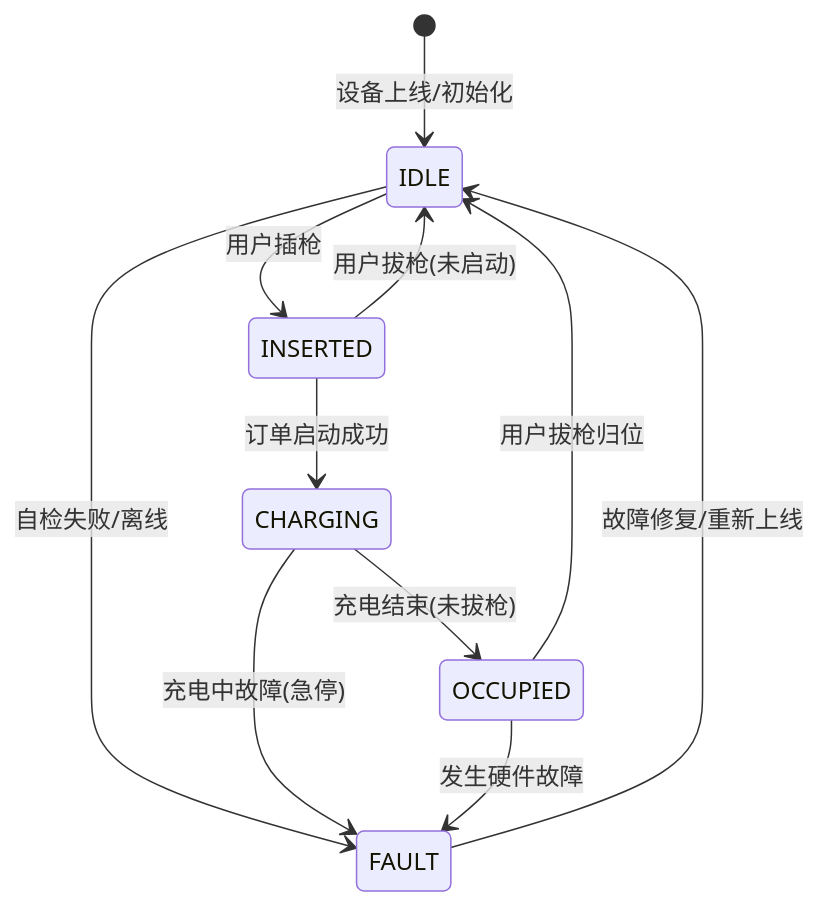
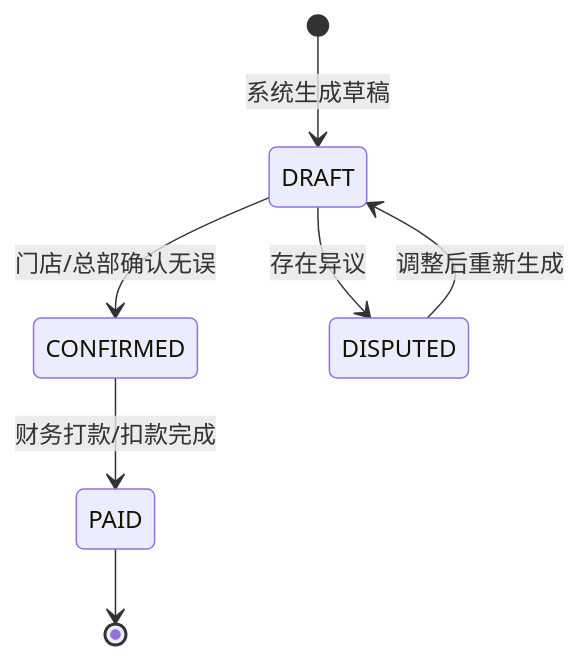
Before and after one commit to megadotnet/HUIZHI-ChargeOS-cloud: the second of 2 diagrams in docs/explain/04_state_machines.md, drawn with Mermaid. The commit also changed other lines of this file and 7 other files, not shown here.

````diff
--- a/docs/explain/04_state_machines.md
+++ b/docs/explain/04_state_machines.md
@@ -71,18 +47,13 @@
 ```mermaid
 stateDiagram-v2
-    [*] --> IDLE : 设备上线/初始化
+    [*] --> DRAFT: 系统生成草稿
 
-    IDLE --> INSERTED : 用户插枪
-    IDLE --> FAULT : 自检失败/离线
+    DRAFT --> CONFIRMED: 门店/总部确认无误
+    DRAFT --> DISPUTED: 存在异议
 
-    INSERTED --> CHARGING : 订单启动成功
-    INSERTED --> IDLE : 用户拔枪(未启动)
+    DISPUTED --> DRAFT: 调整后重新生成
 
-    CHARGING --> OCCUPIED : 充电结束(未拔枪)
-    CHARGING --> FAULT : 充电中故障(急停)
+    CONFIRMED --> PAID: 财务打款/扣款完成
 
-    OCCUPIED --> IDLE : 用户拔枪归位
-    OCCUPIED --> FAULT : 发生硬件故障
-
-    FAULT --> IDLE : 故障修复/重新上线
+    PAID --> [*]
 ```
````
